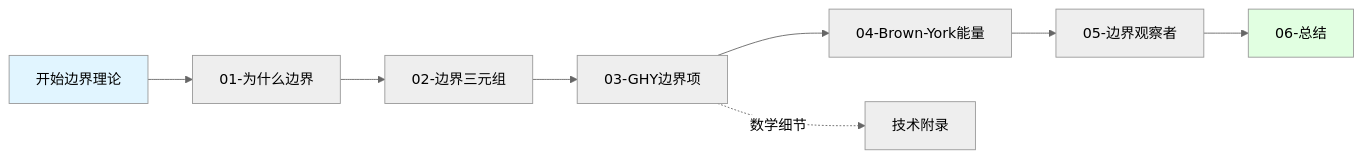
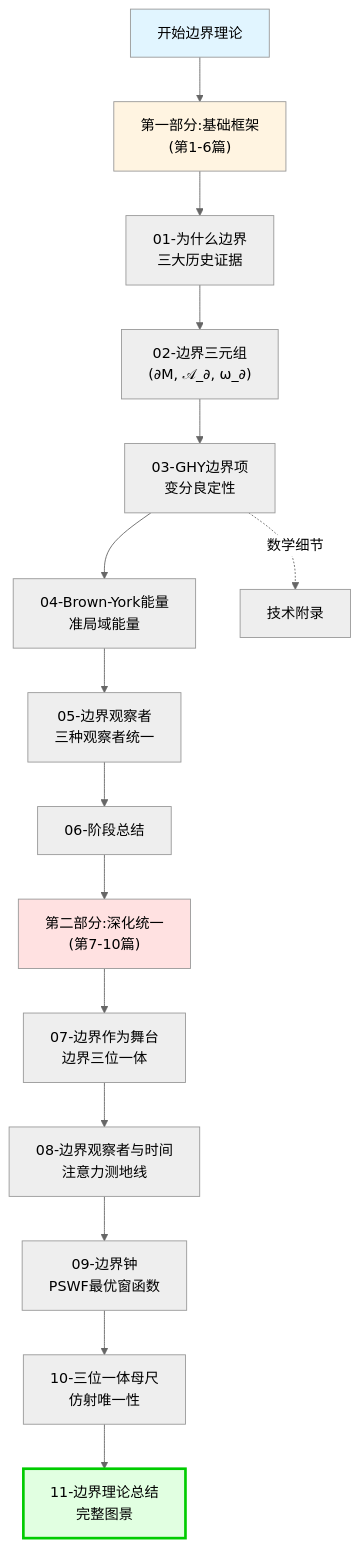
One commit to loning/zeckendorf-hilbert changed the fourth of 4 diagrams in docs/euler-article/gls-union/06-boundary-theory/00-boundary-overview.md. Above: the diagram before and after it, drawn with Mermaid (neutral theme). The commit also changed other lines of this file and 1 other file, not shown here.

````diff
--- a/docs/euler-article/gls-union/06-boundary-theory/00-boundary-overview.md
+++ b/docs/euler-article/gls-union/06-boundary-theory/00-boundary-overview.md
@@ -237,14 +296,27 @@
 ```mermaid
-graph LR
-    START["开始边界理论"] --> WHY["01-为什么边界"]
-    WHY --> TRIPLE["02-边界三元组"]
-    TRIPLE --> GHY["03-GHY边界项"]
-    GHY --> BY["04-Brown-York能量"]
-    BY --> OBS["05-边界观察者"]
-    OBS --> SUM["06-总结"]
+graph TB
+    START["开始边界理论"] --> PART1["第一部分:基础框架<br/>(第1-6篇)"]
+
+    PART1 --> WHY["01-为什么边界<br/>三大历史证据"]
+    WHY --> TRIPLE["02-边界三元组<br/>(∂M, 𝒜_∂, ω_∂)"]
+    TRIPLE --> GHY["03-GHY边界项<br/>变分良定性"]
+    GHY --> BY["04-Brown-York能量<br/>准局域能量"]
+    BY --> OBS["05-边界观察者<br/>三种观察者统一"]
+    OBS --> SUM1["06-阶段总结"]
+
+    SUM1 --> PART2["第二部分:深化统一<br/>(第7-10篇)"]
+
+    PART2 --> STAGE["07-边界作为舞台<br/>边界三位一体"]
+    STAGE --> TIME["08-边界观察者与时间<br/>注意力测地线"]
+    TIME --> CLOCK["09-边界钟<br/>PSWF最优窗函数"]
+    CLOCK --> MASTER["10-三位一体母尺<br/>仿射唯一性"]
+
+    MASTER --> FINAL["11-边界理论总结<br/>完整图景"]
 
     GHY -.->|"数学细节"| TECH["技术附录"]
 
     style START fill:#e1f5ff
-    style SUM fill:#e1ffe1
+    style PART1 fill:#fff4e1
+    style PART2 fill:#ffe1e1
+    style FINAL fill:#e1ffe1,stroke:#00cc00,stroke-width:3px
 ```
````
